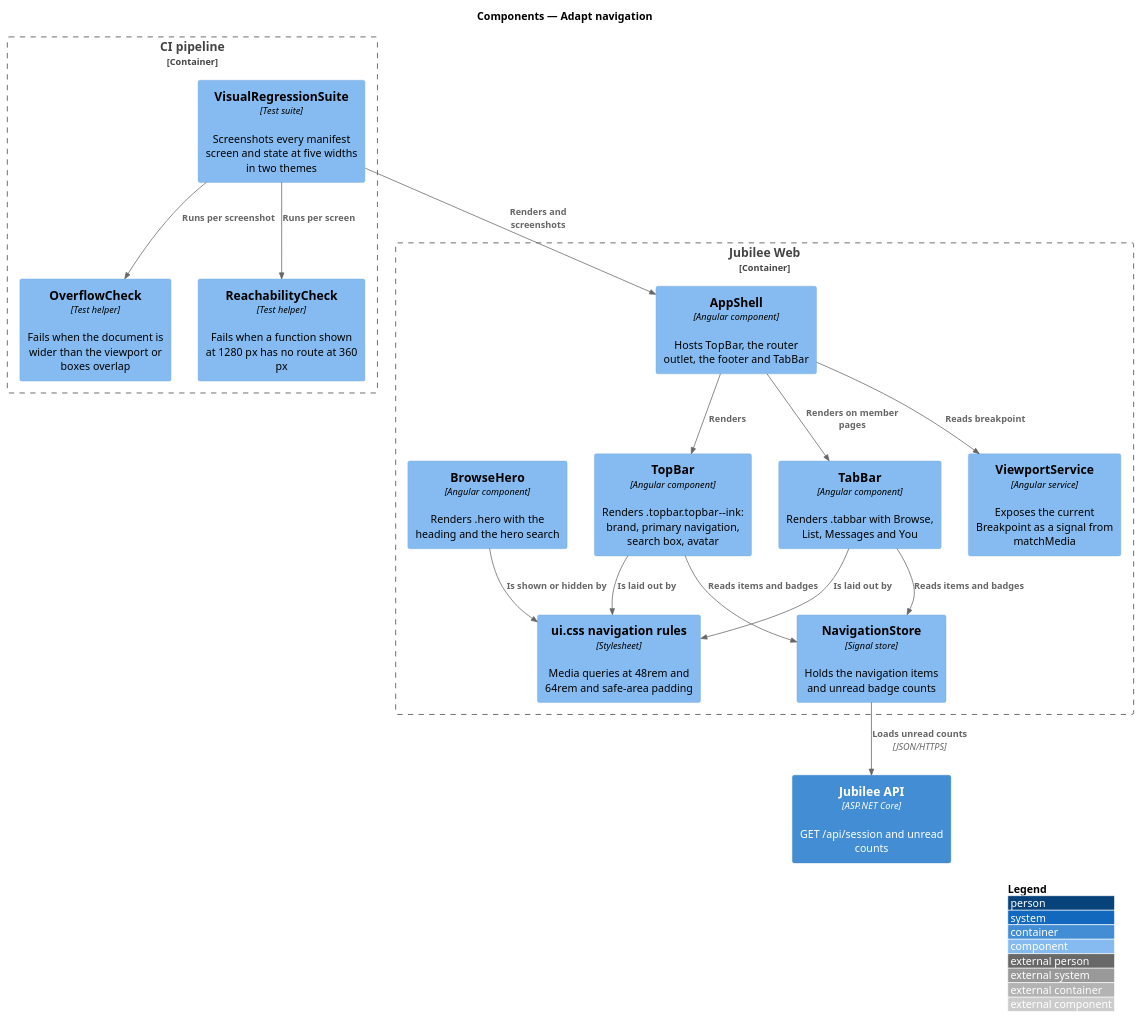
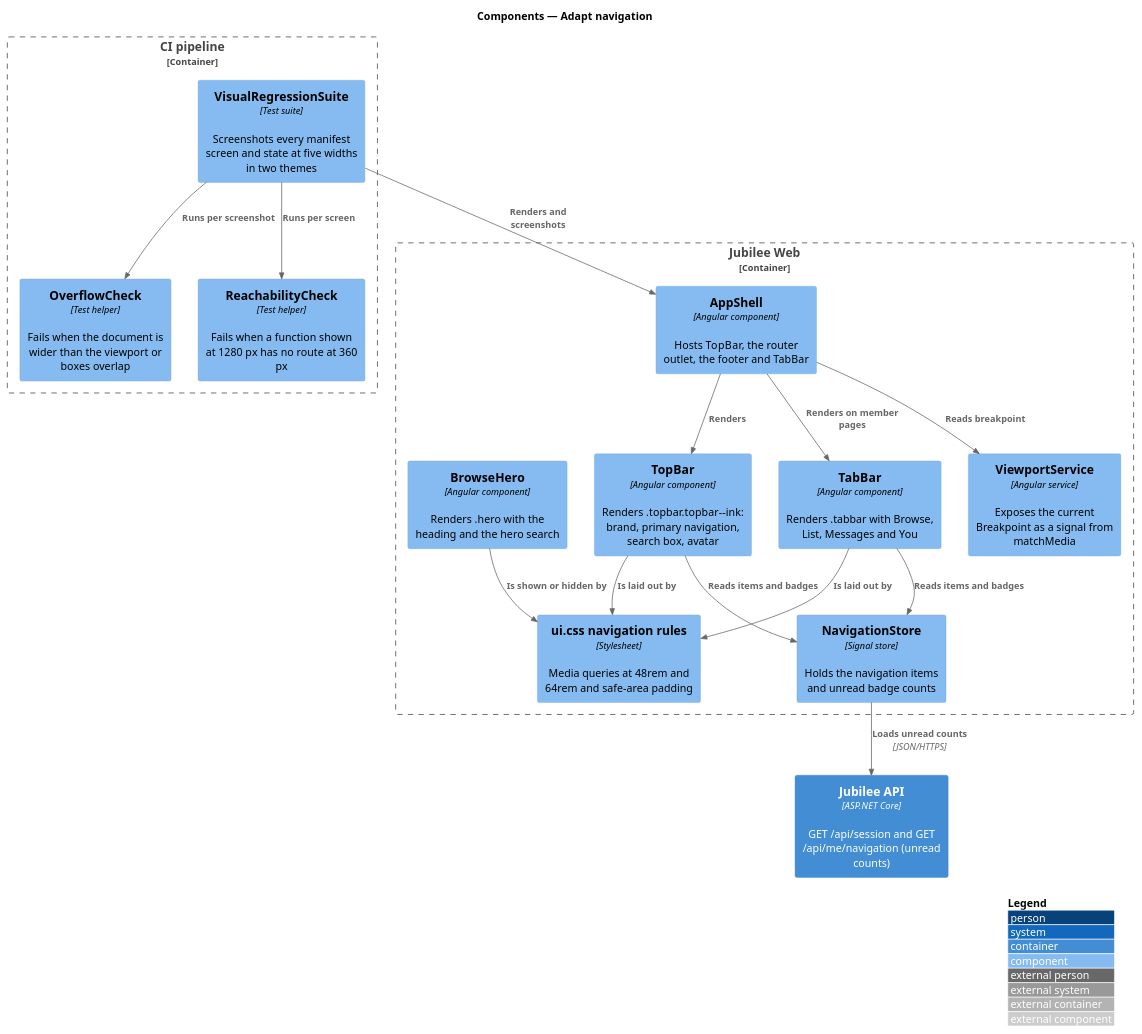
One commit to QuinntyneBrown/jubilee changed the diagram in docs/detailed-designs/responsive-design/adapt-navigation/diagrams/c4-component.puml. Above: the diagram before and after it, drawn with PlantUML. The commit also changed 28 other files, not shown here.

```diff
--- a/docs/detailed-designs/responsive-design/adapt-navigation/diagrams/c4-component.puml
+++ b/docs/detailed-designs/responsive-design/adapt-navigation/diagrams/c4-component.puml
@@ -1,34 +1,34 @@
 @startuml
 !include <C4/C4_Component>
 LAYOUT_WITH_LEGEND()
 title Components — Adapt navigation
 
 Container_Boundary(web, "Jubilee Web") {
   Component(shell, "AppShell", "Angular component", "Hosts TopBar, the router outlet, the footer and TabBar")
   Component(topbar, "TopBar", "Angular component", "Renders .topbar.topbar--ink: brand, primary navigation, search box, avatar")
   Component(tabbar, "TabBar", "Angular component", "Renders .tabbar with Browse, List, Messages and You")
   Component(hero, "BrowseHero", "Angular component", "Renders .hero with the heading and the hero search")
   Component(viewport, "ViewportService", "Angular service", "Exposes the current Breakpoint as a signal from matchMedia")
   Component(nav, "NavigationStore", "Signal store", "Holds the navigation items and unread badge counts")
   Component(css, "ui.css navigation rules", "Stylesheet", "Media queries at 48rem and 64rem and safe-area padding")
 }
 Container_Boundary(pipeline, "CI pipeline") {
   Component(visual, "VisualRegressionSuite", "Test suite", "Screenshots every manifest screen and state at five widths in two themes")
   Component(overflow, "OverflowCheck", "Test helper", "Fails when the document is wider than the viewport or boxes overlap")
   Component(reach, "ReachabilityCheck", "Test helper", "Fails when a function shown at 1280 px has no route at 360 px")
 }
-Container(api, "Jubilee API", "ASP.NET Core", "GET /api/session and unread counts")
+Container(api, "Jubilee API", "ASP.NET Core", "GET /api/session and GET /api/me/navigation (unread counts)")
 
 Rel(shell, topbar, "Renders")
 Rel(shell, tabbar, "Renders on member pages")
 Rel(shell, viewport, "Reads breakpoint")
 Rel(topbar, nav, "Reads items and badges")
 Rel(tabbar, nav, "Reads items and badges")
 Rel(hero, css, "Is shown or hidden by")
 Rel(topbar, css, "Is laid out by")
 Rel(tabbar, css, "Is laid out by")
 Rel(nav, api, "Loads unread counts", "JSON/HTTPS")
 Rel(visual, shell, "Renders and screenshots")
 Rel(visual, overflow, "Runs per screenshot")
 Rel(visual, reach, "Runs per screen")
 @enduml
```
